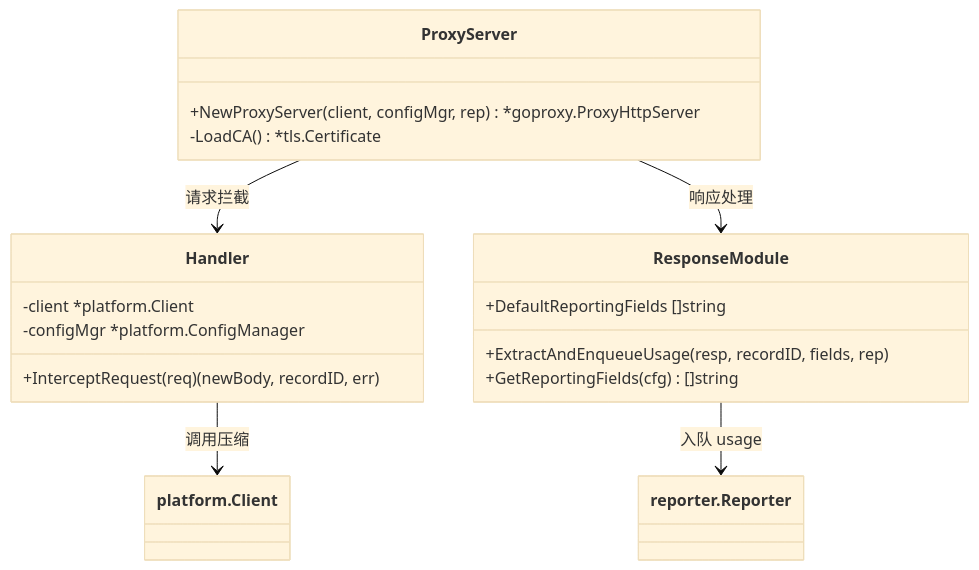
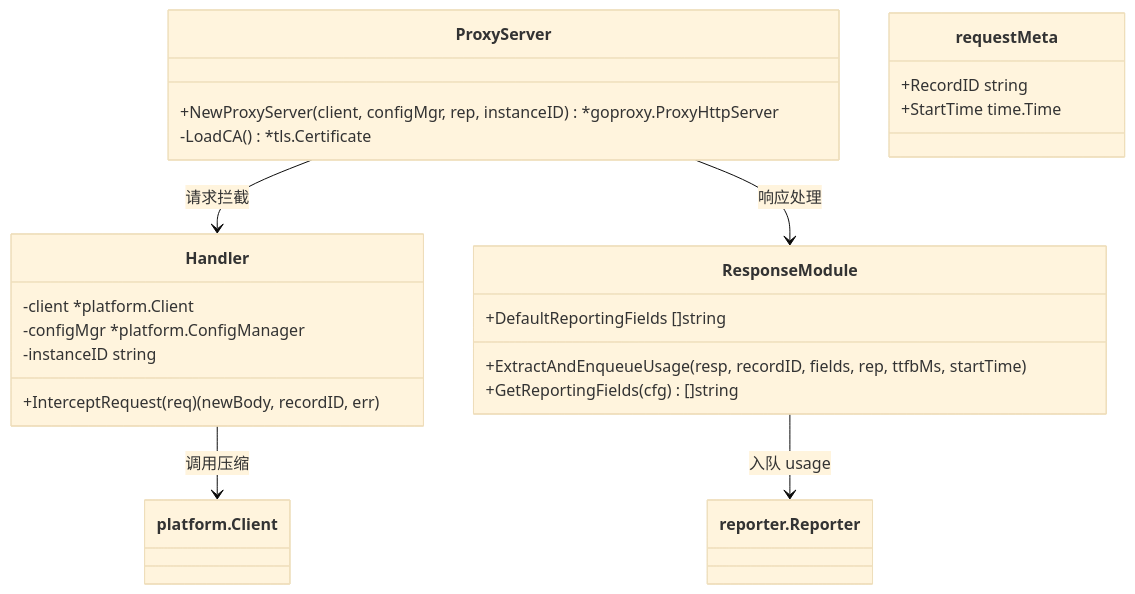
One commit to codermasterg-sudo/cortex-proxy changed the tenth of 14 diagrams in docs/architecture.md. Above: the diagram before and after it, drawn with Mermaid (base theme). The commit also changed other lines of this file and 1 other file, not shown here.

````diff
--- a/docs/architecture.md
+++ b/docs/architecture.md
@@ -351,24 +389,30 @@
 ```mermaid
 classDiagram
     class ProxyServer {
-        +NewProxyServer(client, configMgr, rep) *goproxy.ProxyHttpServer
+        +NewProxyServer(client, configMgr, rep, instanceID) *goproxy.ProxyHttpServer
         -LoadCA() *tls.Certificate
+    }
+
+    class requestMeta {
+        +RecordID string
+        +StartTime time.Time
     }
 
     class Handler {
         -client *platform.Client
         -configMgr *platform.ConfigManager
+        -instanceID string
         +InterceptRequest(req) (newBody, recordID, err)
     }
 
     class ResponseModule {
-        +ExtractAndEnqueueUsage(resp, recordID, fields, rep)
+        +ExtractAndEnqueueUsage(resp, recordID, fields, rep, ttfbMs, startTime)
         +GetReportingFields(cfg) []string
         +DefaultReportingFields []string
     }
 
     ProxyServer --> Handler : 请求拦截
     ProxyServer --> ResponseModule : 响应处理
     Handler --> platform.Client : 调用压缩
     ResponseModule --> reporter.Reporter : 入队 usage
 ```
````
